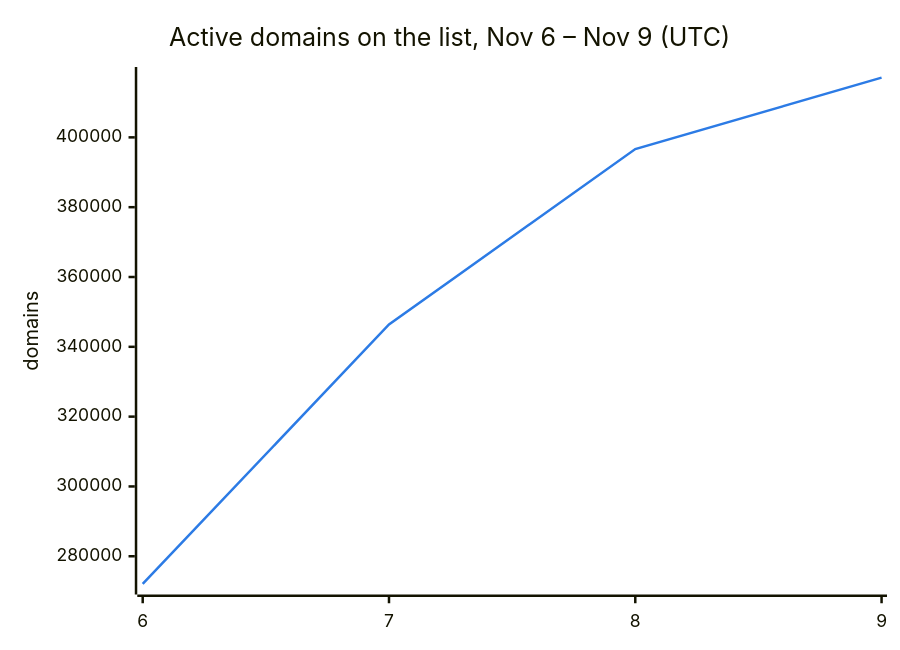
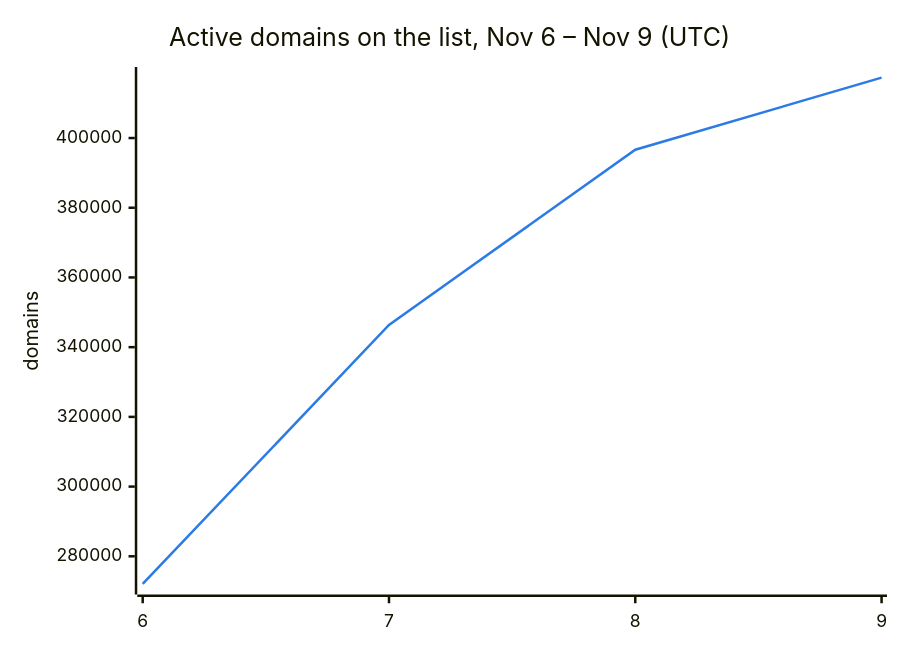
Before and after one commit to DNSBunker/CTI: the second of 3 diagrams in README.md, drawn with Mermaid. The commit also changed other lines of this file and 3 other files, not shown here.

````diff
--- a/README.md
+++ b/README.md
@@ -38,8 +38,8 @@
 ```mermaid
 %%{init: {"themeVariables": {"xyChart": {"plotColorPalette": "#2c7be5"}}}}%%
 xychart-beta
     title "Active domains on the list, Nov 6 – Nov 9 (UTC)"
     x-axis ["6", "7", "8", "9"]
     y-axis "domains"
-    line [272088, 346388, 396638, 417114]
+    line [272088, 346388, 396638, 417328]
 ```
````
